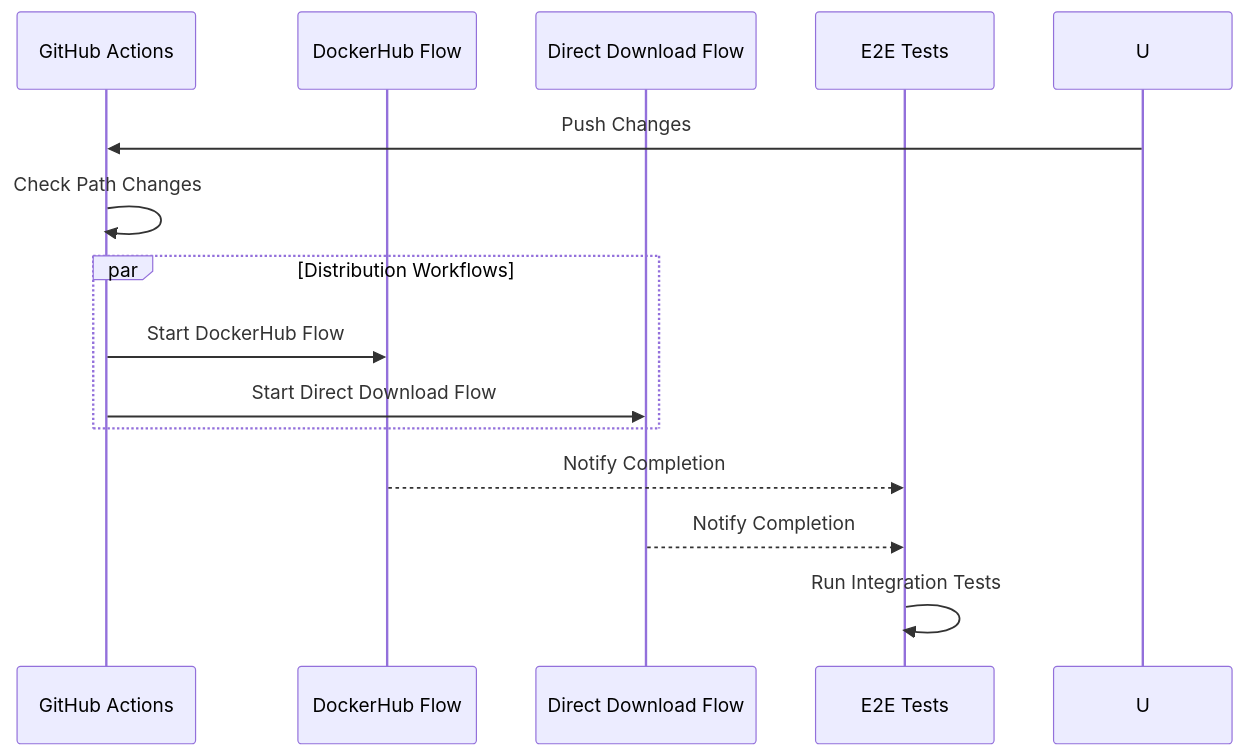
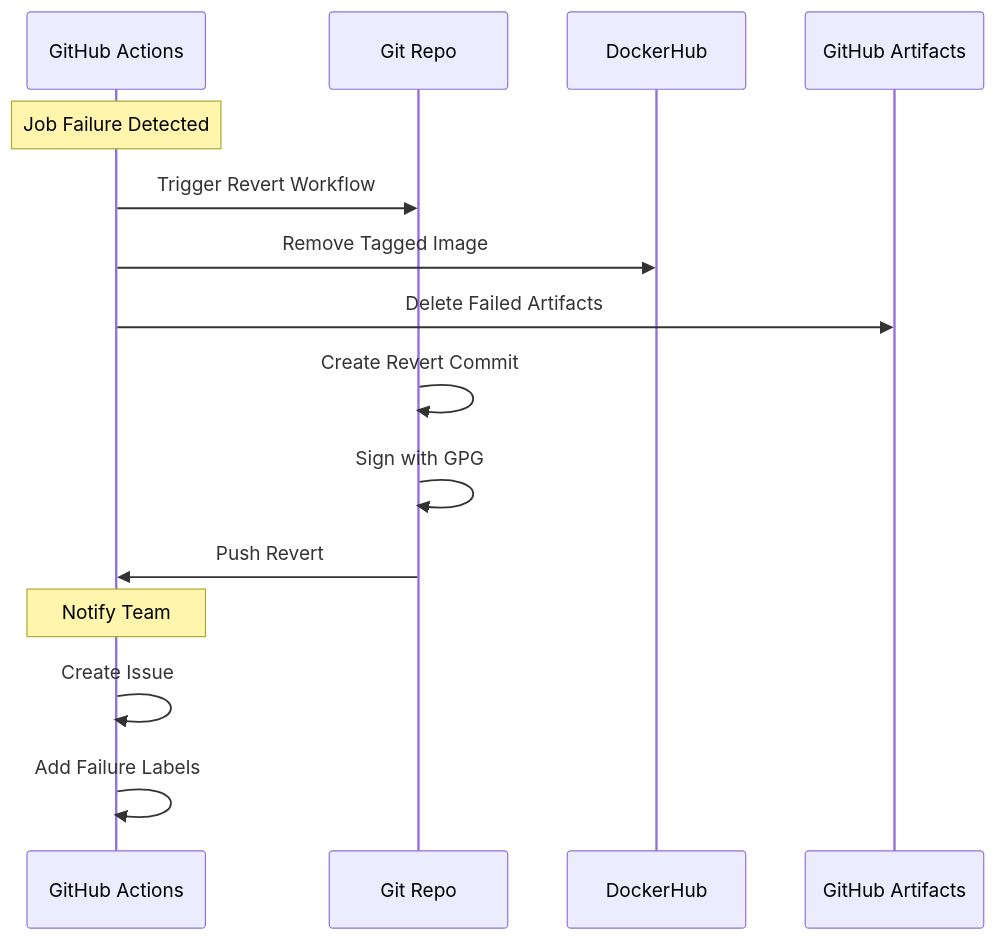
Before and after one commit to BA-CalderonMorales/dev-environment: the third of 7 diagrams in docs/WORKFLOWS.md, drawn with Mermaid. The commit also changed other lines of this file and 36 other files, not shown here.

````diff
--- a/docs/WORKFLOWS.md
+++ b/docs/WORKFLOWS.md
@@ -18,17 +78,20 @@
 ```mermaid
 sequenceDiagram
-    participant G as GitHub Actions
-    participant D as DockerHub Flow
-    participant DD as Direct Download Flow
-    participant E as E2E Tests
-
-    U->>G: Push Changes
-    G->>G: Check Path Changes
-    par Distribution Workflows
-        G->>D: Start DockerHub Flow
-        G->>DD: Start Direct Download Flow
-    end
-    D-->>E: Notify Completion
-    DD-->>E: Notify Completion
-    E->>E: Run Integration Tests
+    participant CI as GitHub Actions
+    participant Git as Git Repo
+    participant DH as DockerHub
+    participant GHA as GitHub Artifacts
+    
+    Note over CI: Job Failure Detected
+    CI->>Git: Trigger Revert Workflow
+    CI->>DH: Remove Tagged Image
+    CI->>GHA: Delete Failed Artifacts
+    
+    Git->>Git: Create Revert Commit
+    Git->>Git: Sign with GPG
+    Git->>CI: Push Revert
+    
+    Note over CI: Notify Team
+    CI->>CI: Create Issue
+    CI->>CI: Add Failure Labels
 ```
````
